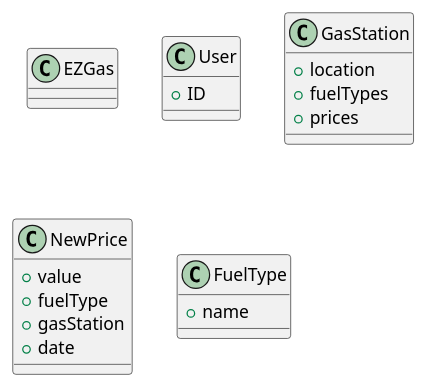
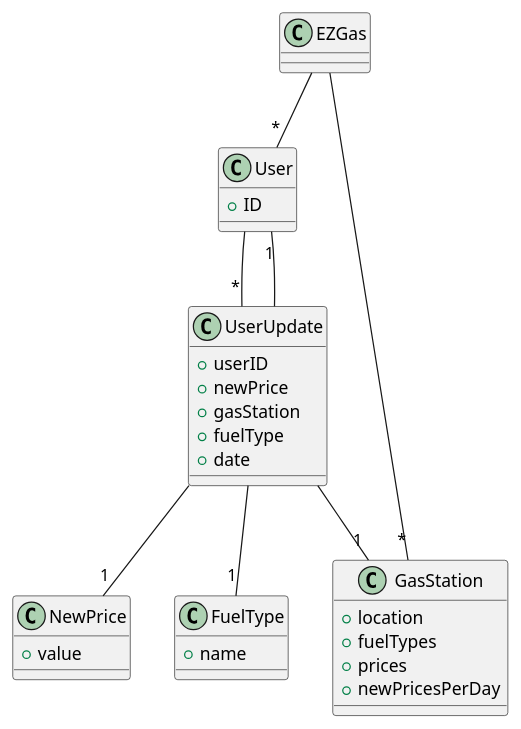
Before and after one commit to SoftengPoliTo/Lab2: the third of 3 diagrams in REQ_s280124.md, drawn with PlantUML. The commit also changed other lines of this file, not shown here.

Commit message:
add glossary

````diff
--- a/REQ_s280124.md
+++ b/REQ_s280124.md
@@ -213,27 +213,40 @@
 ```plantuml
 class EZGas
 
 class User {
 + ID
 }
 
 class GasStation {
 + location
 + fuelTypes
 + prices
++ newPricesPerDay
 }
 
 class NewPrice {
 + value
-+ fuelType
-+ gasStation
-+ date
 }
 
 class FuelType {
 + name
 }
 
+class UserUpdate {
++ userID
++ newPrice
++ gasStation
++ fuelType
++ date
+}
 
+EZGas -- "*" User
+EZGas -- "*" GasStation
 
+User -- "*" UserUpdate
+
+UserUpdate -- "1" NewPrice
+UserUpdate -- "1" User
+UserUpdate -- "1" GasStation
+UserUpdate -- "1" FuelType
 ```
````
